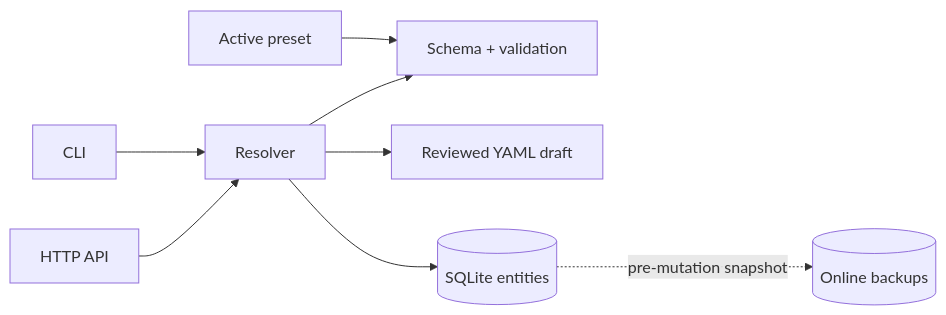
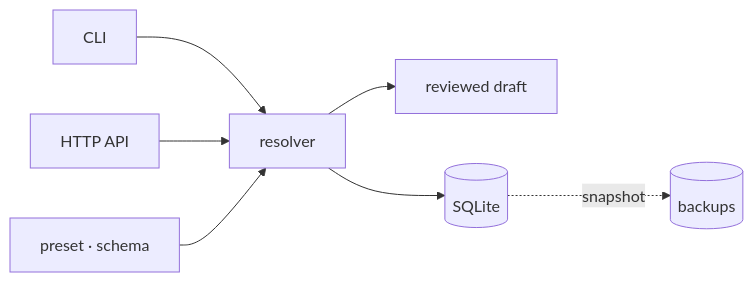
The diagram in README.md (Krablante/buro), drawn with Mermaid before and after one commit. The commit also changed other lines of this file and 5 other files, not shown here.

````diff
--- a/README.md
+++ b/README.md
@@ -43,10 +63,9 @@
 ```mermaid
 flowchart LR
-  CLI[CLI] --> R[Resolver]
+  CLI[CLI] --> R[resolver]
   API[HTTP API] --> R
-  P[Active preset] --> S[Schema + validation]
-  R --> S
-  R --> D[Reviewed YAML draft]
-  R --> DB[(SQLite entities)]
-  DB -. pre-mutation snapshot .-> B[(Online backups)]
+  P[preset · schema] --> R
+  R --> D[reviewed draft]
+  R --> DB[(SQLite)]
+  DB -. snapshot .-> B[(backups)]
 ```
````
